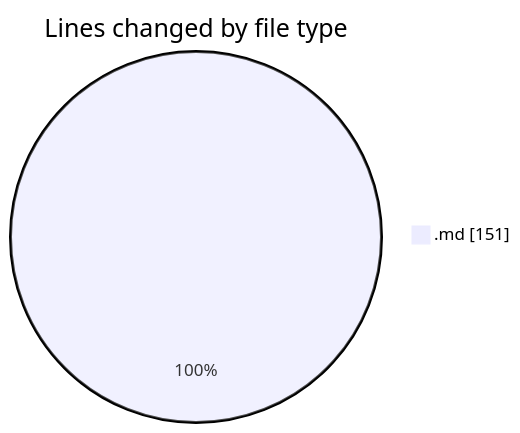
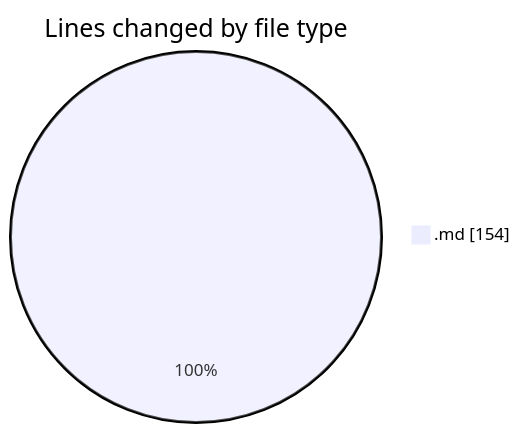
Before and after one commit to Ritupan-Deka/code-tracking: the first of 2 diagrams in 2025-07-11/urlwebwala_intership_work/README.md, drawn with Mermaid. The commit also changed other lines of this file and 1 other file, not shown here.

````diff
--- a/2025-07-11/urlwebwala_intership_work/README.md
+++ b/2025-07-11/urlwebwala_intership_work/README.md
@@ -20,5 +20,5 @@
 ```mermaid
 pie showData
 title Lines changed by file type
-".md" : 151
+".md" : 154
 ```
````
